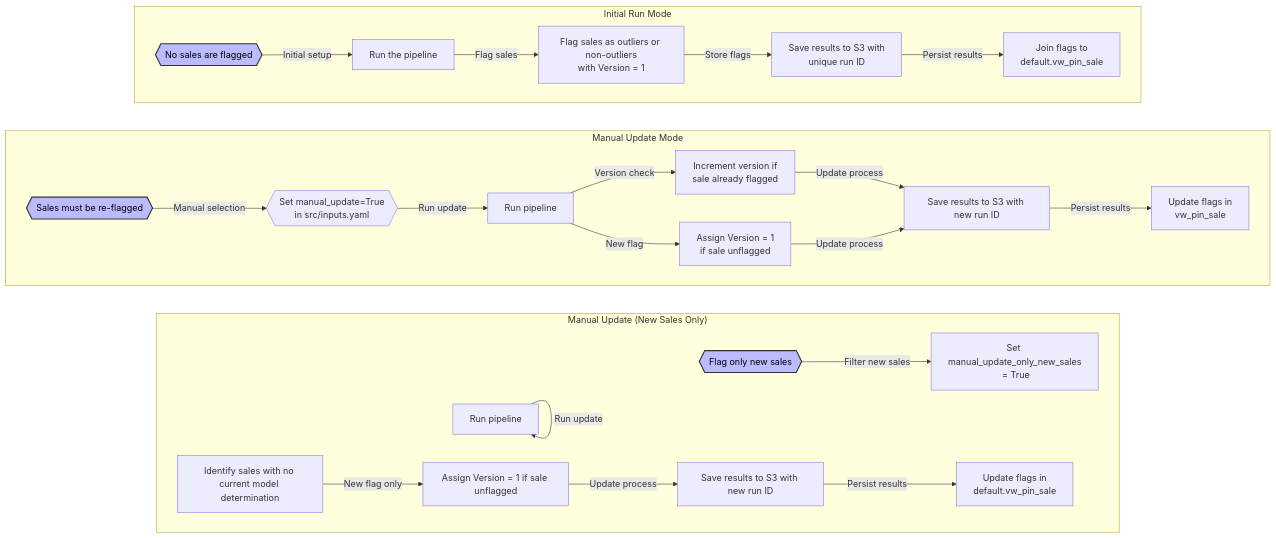
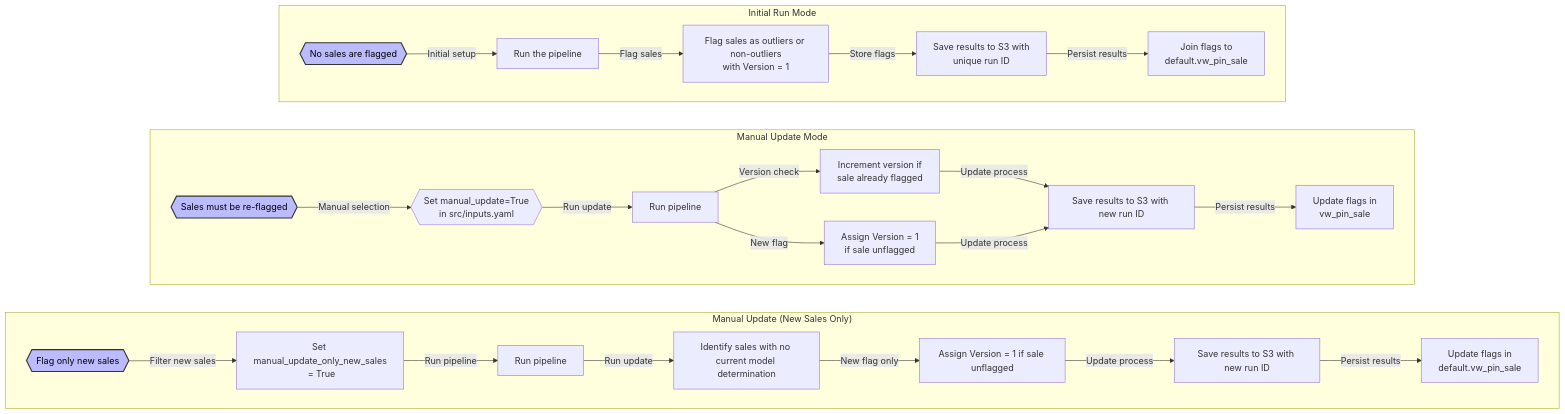
One commit to ccao-data/model-sales-val changed the first of 2 diagrams in README.md. Above: the diagram before and after it, drawn with Mermaid.

Commit message:
Adjust mapping

````diff
--- a/README.md
+++ b/README.md
@@ -93,59 +93,61 @@
 ```mermaid
 graph TB
     subgraph initial["Initial Run Mode"]
         direction LR
         A1{{"No sales are flagged"}}
         B1[Run the pipeline]
         C1[Flag sales as outliers or non-outliers<br>with Version = 1]
         D1[Save results to S3 with <br>unique run ID]
         E1[Join flags to<br>default.vw_pin_sale]
 
         A1 -->|Initial setup| B1
         B1 -->|Flag sales| C1
         C1 -->|Store flags| D1
         D1 -->|Persist results| E1
     end
 
     subgraph manual["Manual Update Mode"]
         direction LR
         A3{{"Sales must be re-flagged"}}
         B3{{"Set manual_update=True<br> in src/inputs.yaml"}}
         C3[Run pipeline]
         D3[Increment version if <br>sale already flagged]
         E3[Assign Version = 1 <br>if sale unflagged]
         F3[Save results to S3 with new run ID]
         G3[Update flags in <br>vw_pin_sale]
 
         A3 -->|Manual selection| B3
         B3 -->|Run update| C3
         C3 -->|Version check| D3
         D3 -->|Update process| F3
         C3 -->|New flag| E3
         E3 -->|Update process| F3
         F3 -->|Persist results| G3
     end
 
     subgraph new_only["Manual Update (New Sales Only)"]
         direction LR
         A4{{"Flag only new sales"}}
         B4[Set manual_update_only_new_sales<br> = True]
         C4[Run pipeline]
         D4[Identify sales with no current model determination]
         E4[Assign Version = 1 if sale unflagged]
         F4[Save results to S3 with new run ID]
         G4[Update flags in <br>default.vw_pin_sale]
 
+
         A4 -->|Filter new sales| B4
-        C4 -->|Run update| C4
+        B4 -->|Run pipeline| C4
+        C4 -->|Run update| D4
         D4 -->|New flag only| E4
         E4 -->|Update process| F4
         F4 -->|Persist results| G4
     end
 
     initial ~~~ manual
     manual ~~~ new_only
 
     style A1 fill:#bbf,stroke:#333,stroke-width:2px,color:#000
     style A3 fill:#bbf,stroke:#333,stroke-width:2px,color:#000
     style A4 fill:#bbf,stroke:#333,stroke-width:2px,color:#000
 ```
````
